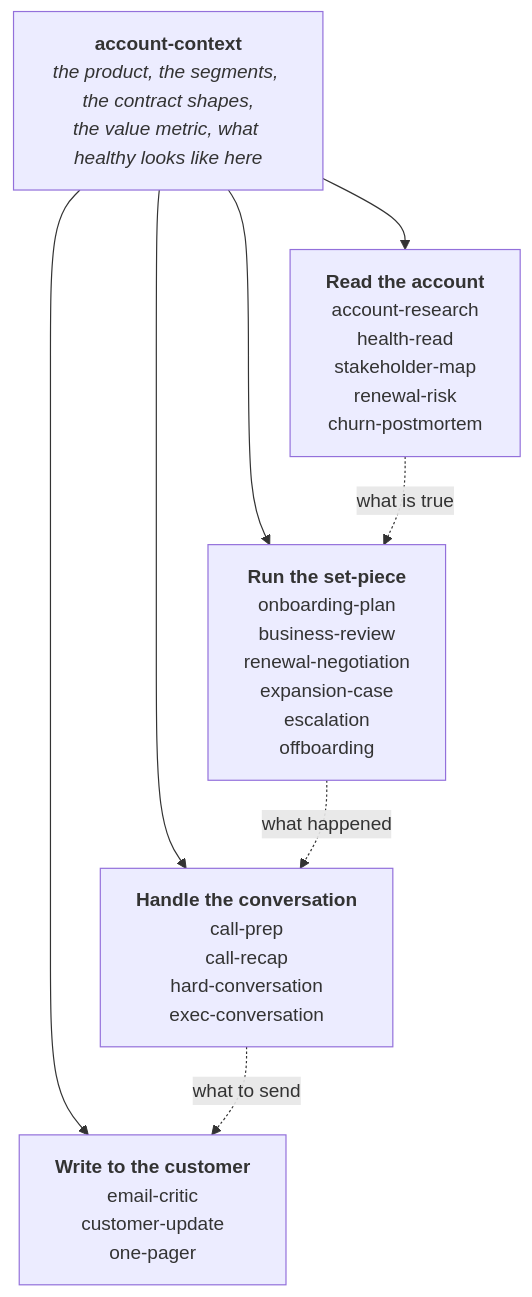
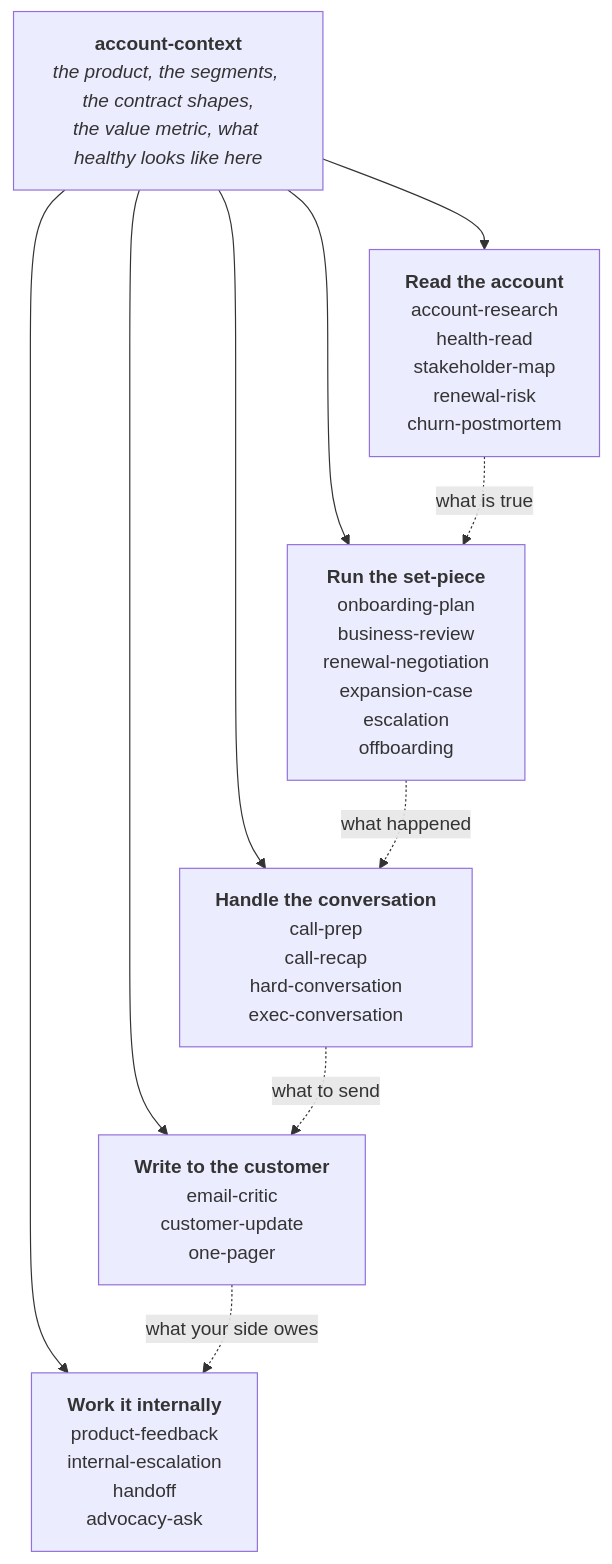
The diagram in README.md (CSPulse/Skills), drawn with Mermaid before and after one commit. The commit also changed other lines of this file and 12 other files, not shown here.

First line of the commit message:
Add product-feedback, internal-escalation, handoff and advocacy-ask

````diff
--- a/README.md
+++ b/README.md
@@ -31,13 +31,15 @@
 ```mermaid
 flowchart TB
     AC["<b>account-context</b><br/><i>the product, the segments, the contract shapes,<br/>the value metric, what healthy looks like here</i>"]
 
     AC --> R["<b>Read the account</b><br/>account-research<br/>health-read<br/>stakeholder-map<br/>renewal-risk<br/>churn-postmortem"]
     AC --> S["<b>Run the set-piece</b><br/>onboarding-plan<br/>business-review<br/>renewal-negotiation<br/>expansion-case<br/>escalation<br/>offboarding"]
     AC --> C["<b>Handle the conversation</b><br/>call-prep<br/>call-recap<br/>hard-conversation<br/>exec-conversation"]
     AC --> W["<b>Write to the customer</b><br/>email-critic<br/>customer-update<br/>one-pager"]
+    AC --> I["<b>Work it internally</b><br/>product-feedback<br/>internal-escalation<br/>handoff<br/>advocacy-ask"]
 
     R -.->|"what is true"| S
     S -.->|"what happened"| C
     C -.->|"what to send"| W
+    W -.->|"what your side owes"| I
 ```
````
